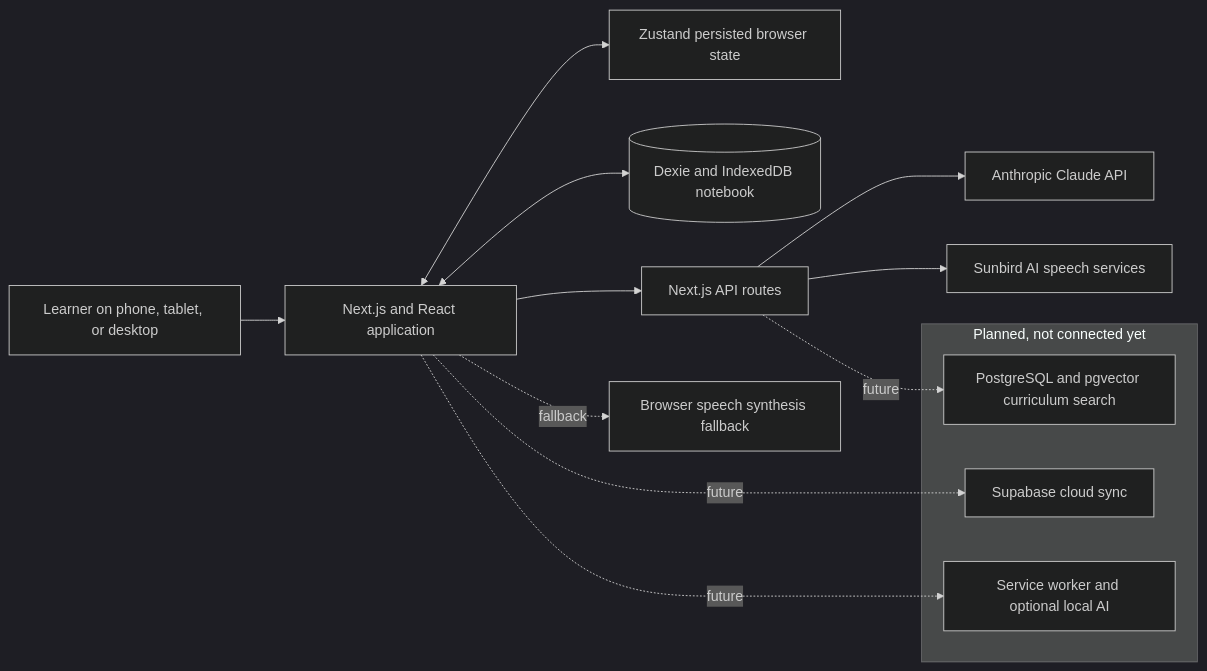
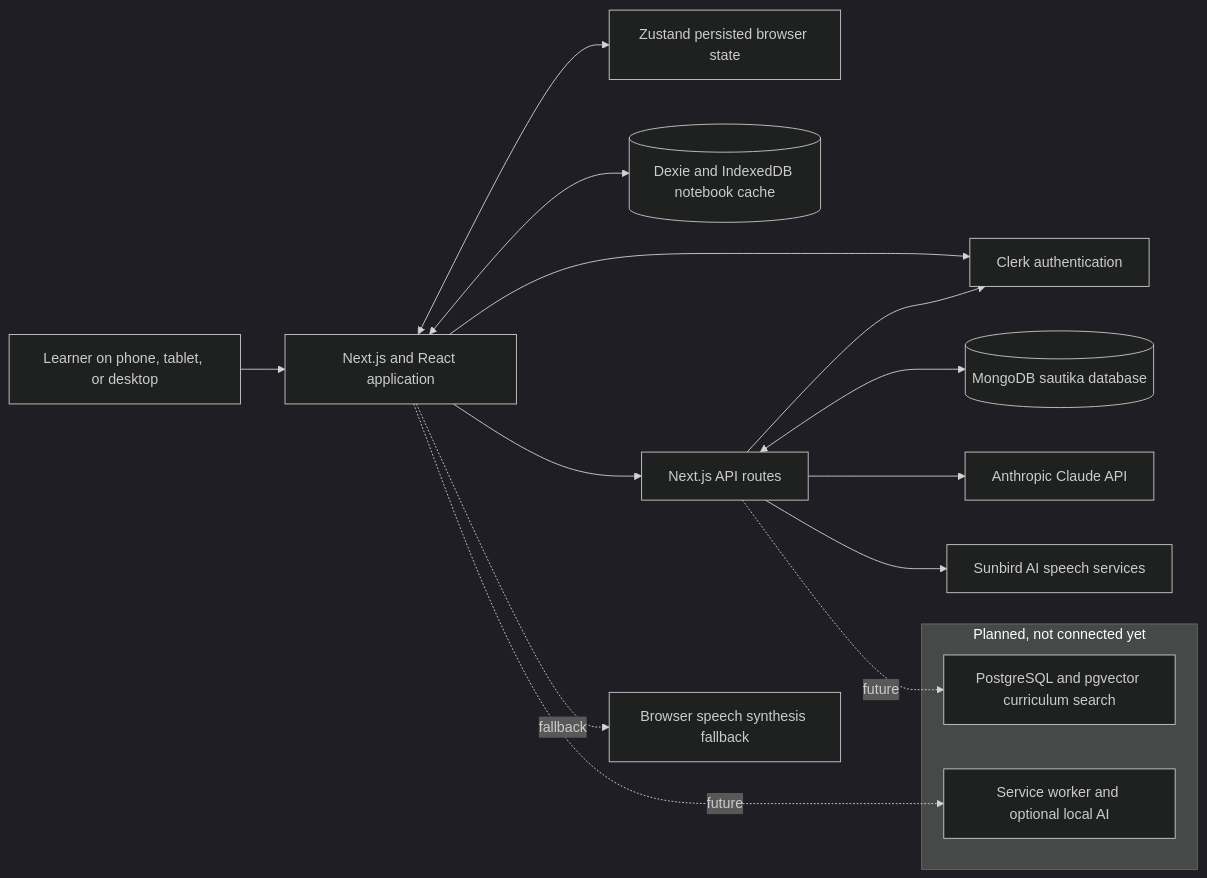
The diagram in README.md (marthanp/sautika), drawn with Mermaid (dark theme) before and after one commit. The commit also changed other lines of this file and 17 other files, not shown here.

````diff
--- a/README.md
+++ b/README.md
@@ -70,29 +72,32 @@
 ```mermaid
 flowchart LR
     Learner[Learner on phone, tablet, or desktop]
     UI[Next.js and React application]
     State[Zustand persisted browser state]
-    Notebook[(Dexie and IndexedDB notebook)]
+    Notebook[(Dexie and IndexedDB notebook cache)]
+    Clerk[Clerk authentication]
     API[Next.js API routes]
+    Mongo[(MongoDB sautika database)]
     Claude[Anthropic Claude API]
     Speech[Sunbird AI speech services]
     BrowserVoice[Browser speech synthesis fallback]
 
     Learner --> UI
     UI <--> State
     UI <--> Notebook
+    UI --> Clerk
     UI --> API
+    API --> Clerk
+    API <--> Mongo
     API --> Claude
     API --> Speech
     UI -. fallback .-> BrowserVoice
 
     subgraph Planned[Planned, not connected yet]
-        Sync[Supabase cloud sync]
         Search[PostgreSQL and pgvector curriculum search]
         Offline[Service worker and optional local AI]
     end
 
-    UI -. future .-> Sync
     API -. future .-> Search
     UI -. future .-> Offline
 ```
````
